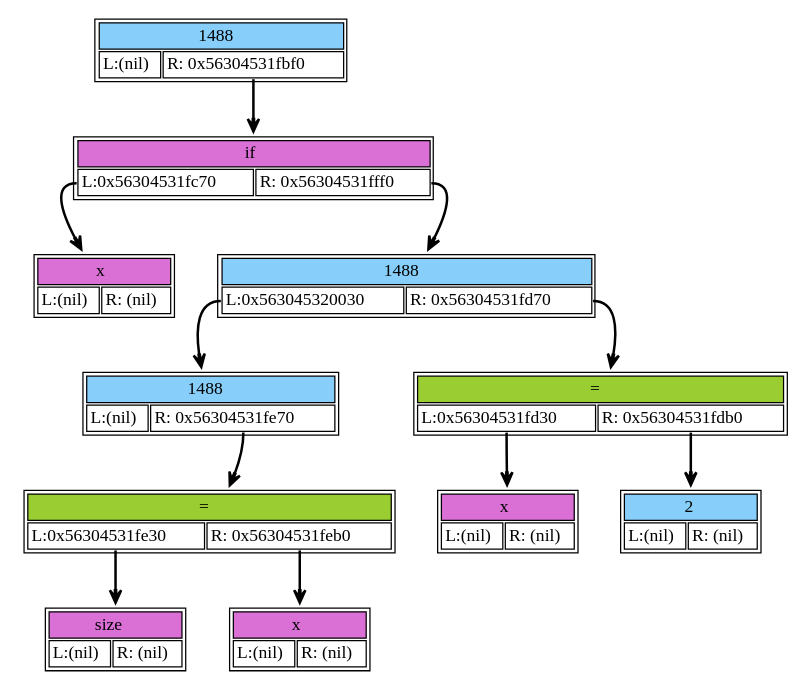
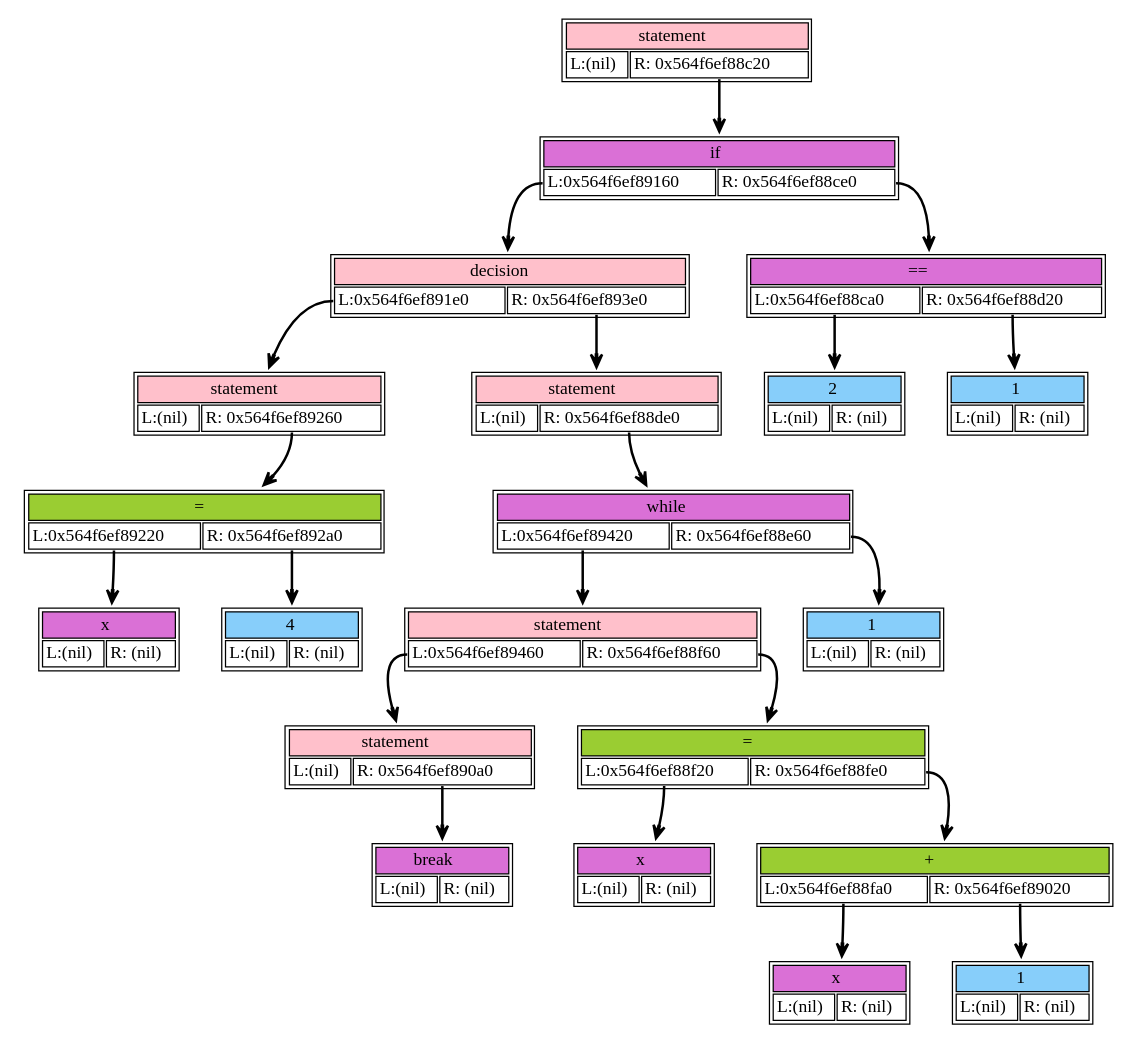
Before and after one commit to Varnike/language: the diagram in dump/dump.dot, drawn with Graphviz. The commit also changed 14 other files, not shown here.

```diff
--- a/dump/dump.dot
+++ b/dump/dump.dot
@@ -1,68 +1,128 @@
 digraph dump_graph {
 	rankdir=TV; 
-node0x56304531ffb0 [shape=plaintext
+node0x564f6ef893a0 [shape=plaintext
 					label=<<table border='1' cellborder='1'>
-			<tr><td colspan="2" bgcolor="lightskyblue" >1488</td></tr>
-					<tr><td port= "lchild">L:(nil)</td><td port="rchild">R: 0x56304531fbf0</td></tr>
+			<tr><td colspan="2" bgcolor="pink" > statement</td></tr>
+					<tr><td port= "lchild">L:(nil)</td><td port="rchild">R: 0x564f6ef88c20</td></tr>
 				</table>>];
-		node0x56304531ffb0:rchild -> node0x56304531fbf0[style=bold, arrowhead=vee];
-node0x56304531fc70 [shape=plaintext
+		node0x564f6ef893a0:rchild -> node0x564f6ef88c20[style=bold, arrowhead=vee];
+node0x564f6ef891e0 [shape=plaintext
+					label=<<table border='1' cellborder='1'>
+			<tr><td colspan="2" bgcolor="pink" > statement</td></tr>
+					<tr><td port= "lchild">L:(nil)</td><td port="rchild">R: 0x564f6ef89260</td></tr>
+				</table>>];
+		node0x564f6ef891e0:rchild -> node0x564f6ef89260[style=bold, arrowhead=vee];
+node0x564f6ef89220 [shape=plaintext
 					label=<<table border='1' cellborder='1'>
 			<tr><td colspan="2" bgcolor="orchid" > x</td></tr>
 					<tr><td port= "lchild">L:(nil)</td><td port="rchild">R: (nil)</td></tr>
 				</table>>];
-node0x56304531fbf0 [shape=plaintext
+node0x564f6ef89260 [shape=plaintext
 					label=<<table border='1' cellborder='1'>
-			<tr><td colspan="2" bgcolor="orchid" > if</td></tr>
-					<tr><td port= "lchild">L:0x56304531fc70</td><td port="rchild">R: 0x56304531fff0</td></tr>
+			<tr><td colspan="2" bgcolor="olivedrab3" > =</td></tr>
+					<tr><td port= "lchild">L:0x564f6ef89220</td><td port="rchild">R: 0x564f6ef892a0</td></tr>
 				</table>>];
-		node0x56304531fbf0:lchild -> node0x56304531fc70[style=bold, arrowhead=vee];
-		node0x56304531fbf0:rchild -> node0x56304531fff0[style=bold, arrowhead=vee];
-node0x563045320030 [shape=plaintext
+		node0x564f6ef89260:lchild -> node0x564f6ef89220[style=bold, arrowhead=vee];
+		node0x564f6ef89260:rchild -> node0x564f6ef892a0[style=bold, arrowhead=vee];
+node0x564f6ef892a0 [shape=plaintext
 					label=<<table border='1' cellborder='1'>
-			<tr><td colspan="2" bgcolor="lightskyblue" >1488</td></tr>
-					<tr><td port= "lchild">L:(nil)</td><td port="rchild">R: 0x56304531fe70</td></tr>
-				</table>>];
-		node0x563045320030:rchild -> node0x56304531fe70[style=bold, arrowhead=vee];
-node0x56304531fe30 [shape=plaintext
-					label=<<table border='1' cellborder='1'>
-			<tr><td colspan="2" bgcolor="orchid" > size</td></tr>
+			<tr><td colspan="2" bgcolor="lightskyblue" >4</td></tr>
 					<tr><td port= "lchild">L:(nil)</td><td port="rchild">R: (nil)</td></tr>
 				</table>>];
-node0x56304531fe70 [shape=plaintext
+node0x564f6ef89160 [shape=plaintext
 					label=<<table border='1' cellborder='1'>
-			<tr><td colspan="2" bgcolor="olivedrab3" > =</td></tr>
-					<tr><td port= "lchild">L:0x56304531fe30</td><td port="rchild">R: 0x56304531feb0</td></tr>
+			<tr><td colspan="2" bgcolor="pink" > decision</td></tr>
+					<tr><td port= "lchild">L:0x564f6ef891e0</td><td port="rchild">R: 0x564f6ef893e0</td></tr>
 				</table>>];
-		node0x56304531fe70:lchild -> node0x56304531fe30[style=bold, arrowhead=vee];
-		node0x56304531fe70:rchild -> node0x56304531feb0[style=bold, arrowhead=vee];
-node0x56304531feb0 [shape=plaintext
+		node0x564f6ef89160:lchild -> node0x564f6ef891e0[style=bold, arrowhead=vee];
+		node0x564f6ef89160:rchild -> node0x564f6ef893e0[style=bold, arrowhead=vee];
+node0x564f6ef893e0 [shape=plaintext
+					label=<<table border='1' cellborder='1'>
+			<tr><td colspan="2" bgcolor="pink" > statement</td></tr>
+					<tr><td port= "lchild">L:(nil)</td><td port="rchild">R: 0x564f6ef88de0</td></tr>
+				</table>>];
+		node0x564f6ef893e0:rchild -> node0x564f6ef88de0[style=bold, arrowhead=vee];
+node0x564f6ef89460 [shape=plaintext
+					label=<<table border='1' cellborder='1'>
+			<tr><td colspan="2" bgcolor="pink" > statement</td></tr>
+					<tr><td port= "lchild">L:(nil)</td><td port="rchild">R: 0x564f6ef890a0</td></tr>
+				</table>>];
+		node0x564f6ef89460:rchild -> node0x564f6ef890a0[style=bold, arrowhead=vee];
+node0x564f6ef890a0 [shape=plaintext
+					label=<<table border='1' cellborder='1'>
+			<tr><td colspan="2" bgcolor="orchid" > break</td></tr>
+					<tr><td port= "lchild">L:(nil)</td><td port="rchild">R: (nil)</td></tr>
+				</table>>];
+node0x564f6ef89420 [shape=plaintext
+					label=<<table border='1' cellborder='1'>
+			<tr><td colspan="2" bgcolor="pink" > statement</td></tr>
+					<tr><td port= "lchild">L:0x564f6ef89460</td><td port="rchild">R: 0x564f6ef88f60</td></tr>
+				</table>>];
+		node0x564f6ef89420:lchild -> node0x564f6ef89460[style=bold, arrowhead=vee];
+		node0x564f6ef89420:rchild -> node0x564f6ef88f60[style=bold, arrowhead=vee];
+node0x564f6ef88f20 [shape=plaintext
 					label=<<table border='1' cellborder='1'>
 			<tr><td colspan="2" bgcolor="orchid" > x</td></tr>
 					<tr><td port= "lchild">L:(nil)</td><td port="rchild">R: (nil)</td></tr>
 				</table>>];
-node0x56304531fff0 [shape=plaintext
+node0x564f6ef88f60 [shape=plaintext
 					label=<<table border='1' cellborder='1'>
-			<tr><td colspan="2" bgcolor="lightskyblue" >1488</td></tr>
-					<tr><td port= "lchild">L:0x563045320030</td><td port="rchild">R: 0x56304531fd70</td></tr>
+			<tr><td colspan="2" bgcolor="olivedrab3" > =</td></tr>
+					<tr><td port= "lchild">L:0x564f6ef88f20</td><td port="rchild">R: 0x564f6ef88fe0</td></tr>
 				</table>>];
-		node0x56304531fff0:lchild -> node0x563045320030[style=bold, arrowhead=vee];
-		node0x56304531fff0:rchild -> node0x56304531fd70[style=bold, arrowhead=vee];
-node0x56304531fd30 [shape=plaintext
+		node0x564f6ef88f60:lchild -> node0x564f6ef88f20[style=bold, arrowhead=vee];
+		node0x564f6ef88f60:rchild -> node0x564f6ef88fe0[style=bold, arrowhead=vee];
+node0x564f6ef88fa0 [shape=plaintext
 					label=<<table border='1' cellborder='1'>
 			<tr><td colspan="2" bgcolor="orchid" > x</td></tr>
 					<tr><td port= "lchild">L:(nil)</td><td port="rchild">R: (nil)</td></tr>
 				</table>>];
-node0x56304531fd70 [shape=plaintext
+node0x564f6ef88fe0 [shape=plaintext
 					label=<<table border='1' cellborder='1'>
-			<tr><td colspan="2" bgcolor="olivedrab3" > =</td></tr>
-					<tr><td port= "lchild">L:0x56304531fd30</td><td port="rchild">R: 0x56304531fdb0</td></tr>
+			<tr><td colspan="2" bgcolor="olivedrab3" > +</td></tr>
+					<tr><td port= "lchild">L:0x564f6ef88fa0</td><td port="rchild">R: 0x564f6ef89020</td></tr>
 				</table>>];
-		node0x56304531fd70:lchild -> node0x56304531fd30[style=bold, arrowhead=vee];
-		node0x56304531fd70:rchild -> node0x56304531fdb0[style=bold, arrowhead=vee];
-node0x56304531fdb0 [shape=plaintext
+		node0x564f6ef88fe0:lchild -> node0x564f6ef88fa0[style=bold, arrowhead=vee];
+		node0x564f6ef88fe0:rchild -> node0x564f6ef89020[style=bold, arrowhead=vee];
+node0x564f6ef89020 [shape=plaintext
+					label=<<table border='1' cellborder='1'>
+			<tr><td colspan="2" bgcolor="lightskyblue" >1</td></tr>
+					<tr><td port= "lchild">L:(nil)</td><td port="rchild">R: (nil)</td></tr>
+				</table>>];
+node0x564f6ef88de0 [shape=plaintext
+					label=<<table border='1' cellborder='1'>
+			<tr><td colspan="2" bgcolor="orchid" > while</td></tr>
+					<tr><td port= "lchild">L:0x564f6ef89420</td><td port="rchild">R: 0x564f6ef88e60</td></tr>
+				</table>>];
+		node0x564f6ef88de0:lchild -> node0x564f6ef89420[style=bold, arrowhead=vee];
+		node0x564f6ef88de0:rchild -> node0x564f6ef88e60[style=bold, arrowhead=vee];
+node0x564f6ef88e60 [shape=plaintext
+					label=<<table border='1' cellborder='1'>
+			<tr><td colspan="2" bgcolor="lightskyblue" >1</td></tr>
+					<tr><td port= "lchild">L:(nil)</td><td port="rchild">R: (nil)</td></tr>
+				</table>>];
+node0x564f6ef88c20 [shape=plaintext
+					label=<<table border='1' cellborder='1'>
+			<tr><td colspan="2" bgcolor="orchid" > if</td></tr>
+					<tr><td port= "lchild">L:0x564f6ef89160</td><td port="rchild">R: 0x564f6ef88ce0</td></tr>
+				</table>>];
+		node0x564f6ef88c20:lchild -> node0x564f6ef89160[style=bold, arrowhead=vee];
+		node0x564f6ef88c20:rchild -> node0x564f6ef88ce0[style=bold, arrowhead=vee];
+node0x564f6ef88ca0 [shape=plaintext
 					label=<<table border='1' cellborder='1'>
 			<tr><td colspan="2" bgcolor="lightskyblue" >2</td></tr>
 					<tr><td port= "lchild">L:(nil)</td><td port="rchild">R: (nil)</td></tr>
 				</table>>];
+node0x564f6ef88ce0 [shape=plaintext
+					label=<<table border='1' cellborder='1'>
+			<tr><td colspan="2" bgcolor="orchid" > ==</td></tr>
+					<tr><td port= "lchild">L:0x564f6ef88ca0</td><td port="rchild">R: 0x564f6ef88d20</td></tr>
+				</table>>];
+		node0x564f6ef88ce0:lchild -> node0x564f6ef88ca0[style=bold, arrowhead=vee];
+		node0x564f6ef88ce0:rchild -> node0x564f6ef88d20[style=bold, arrowhead=vee];
+node0x564f6ef88d20 [shape=plaintext
+					label=<<table border='1' cellborder='1'>
+			<tr><td colspan="2" bgcolor="lightskyblue" >1</td></tr>
+					<tr><td port= "lchild">L:(nil)</td><td port="rchild">R: (nil)</td></tr>
+				</table>>];
 }
```
